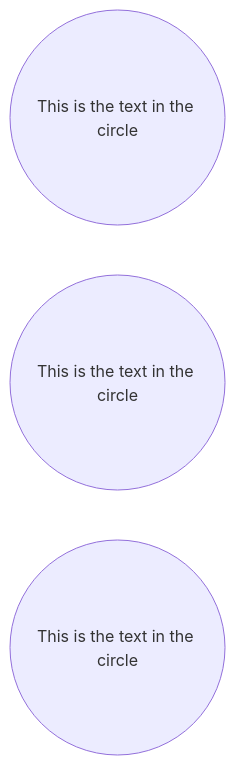
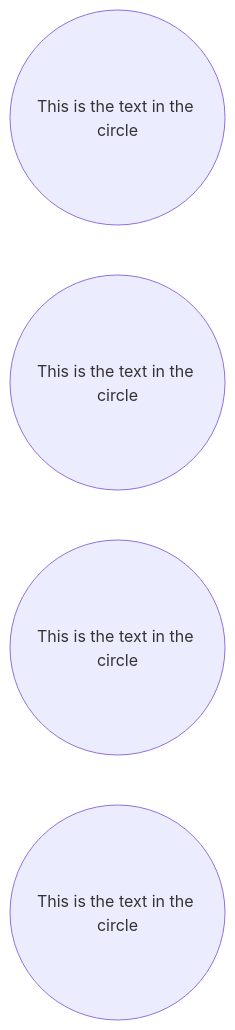
One commit to gerbssusd/dok changed the second of 2 diagrams in slides.md. Above: the diagram before and after it, drawn with Mermaid.

````diff
--- a/slides.md
+++ b/slides.md
@@ -499,11 +499,11 @@
 ```mermaid {scale: .70}
 
 flowchart LR
     id1((This is the text in the circle))
     id2((This is the text in the circle))
     id3((This is the text in the circle))
-    id2((This is the text in the circle))
+    id4((This is the text in the circle))
 
 
 
 ```
````
